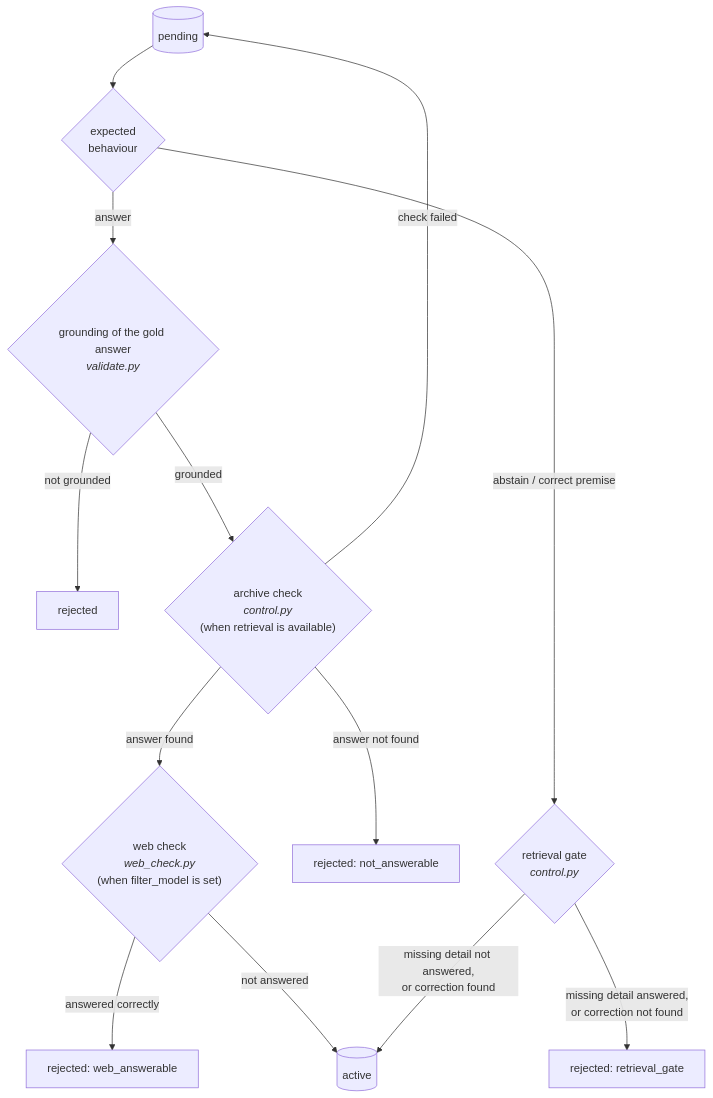
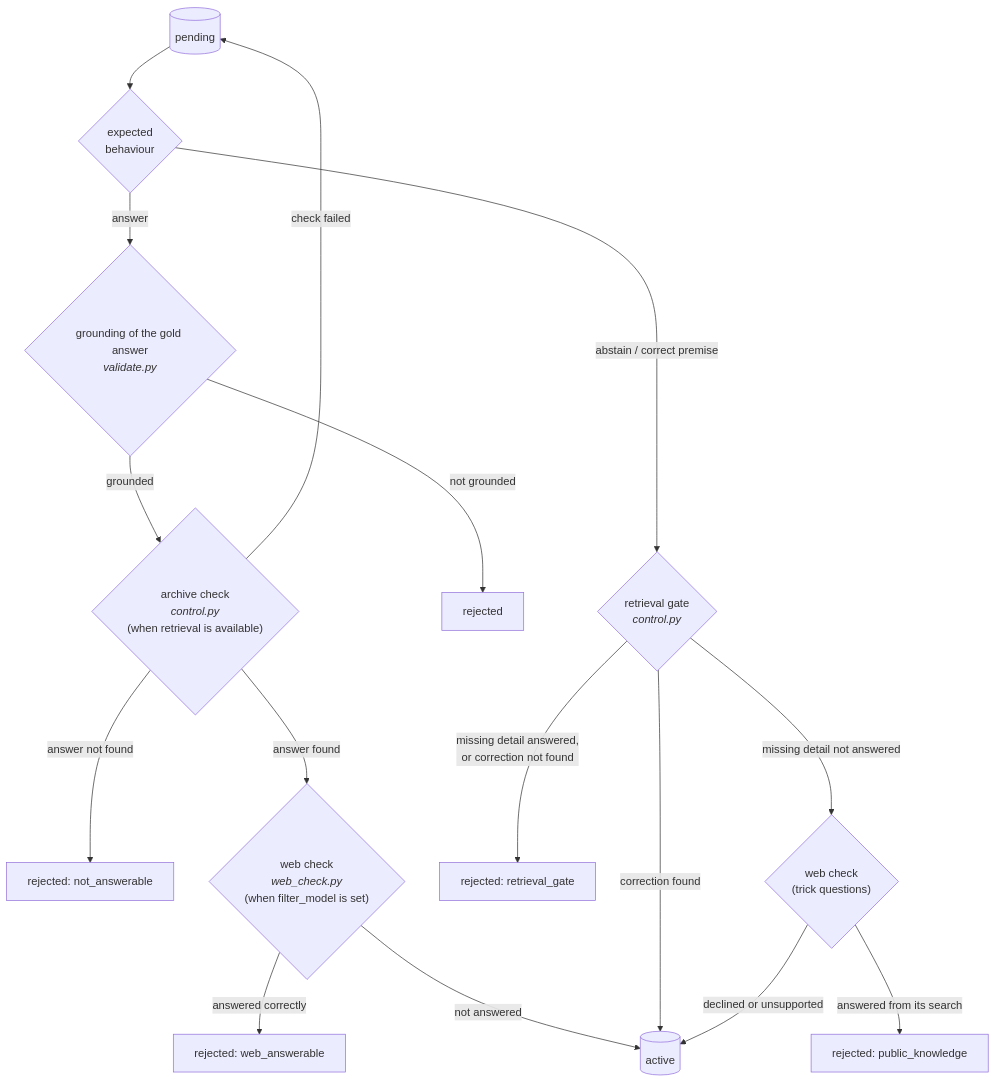
The second of 2 diagrams in packages/benchmark/docs/02-generation.md (OpenMined/syft-space), drawn with Mermaid before and after one commit. The commit also changed other lines of this file and 31 other files, not shown here.

Commit message:
fix(benchmark): nested provider errors, hop facts from the question, judge date, writer gets outlet/author/date, grounding and speaker check fixes, web check for trick questions

````diff
--- a/packages/benchmark/docs/02-generation.md
+++ b/packages/benchmark/docs/02-generation.md
@@ -231,15 +247,18 @@
 ```mermaid
 flowchart TB
     PEND[("pending")] --> CTRL{"expected<br/>behaviour"}
     CTRL -- "answer" --> R2{"grounding of the gold answer<br/><i>validate.py</i>"}
     CTRL -- "abstain / correct premise" --> R3{"retrieval gate<br/><i>control.py</i>"}
     R2 -- "not grounded" --> REJ2["rejected"]
     R2 -- "grounded" --> AR{"archive check<br/><i>control.py</i><br/>(when retrieval is available)"}
     AR -- "answer not found" --> REJA["rejected: not_answerable"]
     AR -- "check failed" --> PEND
     AR -- "answer found" --> W{"web check<br/><i>web_check.py</i><br/>(when filter_model is set)"}
     W -- "answered correctly" --> REJW["rejected: web_answerable"]
     W -- "not answered" --> ACT[("active")]
     R3 -- "missing detail answered,<br/>or correction not found" --> REJ3["rejected: retrieval_gate"]
-    R3 -- "missing detail not answered,<br/>or correction found" --> ACT
+    R3 -- "correction found" --> ACT
+    R3 -- "missing detail not answered" --> WT{"web check<br/>(trick questions)"}
+    WT -- "answered from its search" --> REJP["rejected: public_knowledge"]
+    WT -- "declined or unsupported" --> ACT
 ```
````
